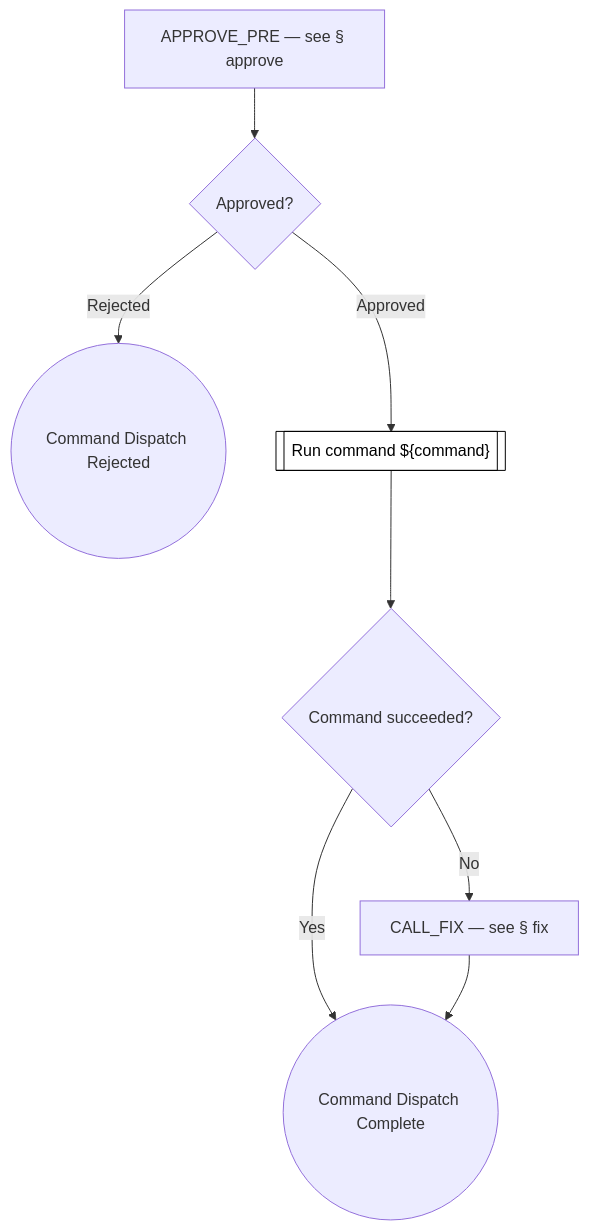
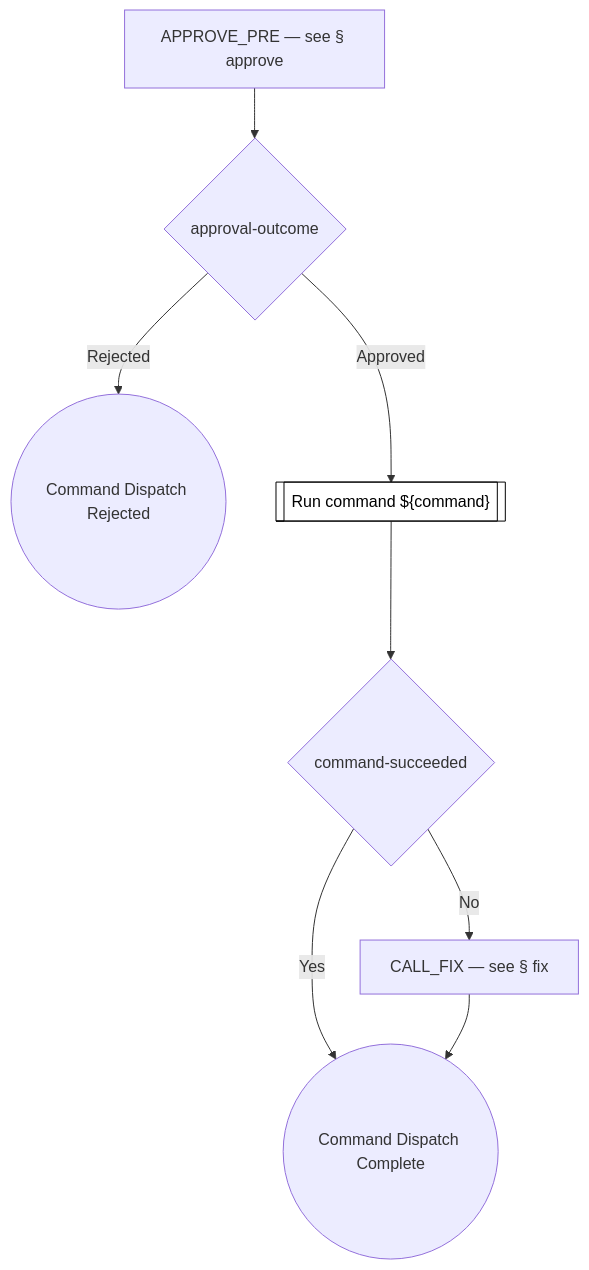
Before and after one commit to optivem/gh-optivem: diagram 49 of 50 in docs/process-diagram.md, drawn with Mermaid. The commit also changed other lines of this file and 3 other files, not shown here.

````diff
--- a/docs/process-diagram.md
+++ b/docs/process-diagram.md
@@ -806,21 +806,21 @@
 ```mermaid
 flowchart TD
     APPROVE_PRE[APPROVE_PRE — see § approve]
     CALL_FIX[CALL_FIX — see § fix]
     EXECUTE_COMMAND_END((Command Dispatch Complete))
     EXECUTE_COMMAND_REJECTED_END((Command Dispatch Rejected))
-    GATE_APPROVED_PRE{Approved?}
-    GATE_COMMAND_SUCCEEDED{Command succeeded?}
+    GATE_APPROVED_PRE{approval-outcome}
+    GATE_COMMAND_SUCCEEDED{command-succeeded}
     RUN_COMMAND[["Run command ${command}"]]
 
     APPROVE_PRE --> GATE_APPROVED_PRE
     GATE_APPROVED_PRE -- Approved --> RUN_COMMAND
     GATE_APPROVED_PRE -- Rejected --> EXECUTE_COMMAND_REJECTED_END
     RUN_COMMAND --> GATE_COMMAND_SUCCEEDED
     GATE_COMMAND_SUCCEEDED -- Yes --> EXECUTE_COMMAND_END
     GATE_COMMAND_SUCCEEDED -- No --> CALL_FIX
     CALL_FIX --> EXECUTE_COMMAND_END
 
     classDef serviceNode fill:#ffffff,stroke:#000000,stroke-width:1px,color:#000000
     class RUN_COMMAND serviceNode
 ```
````
